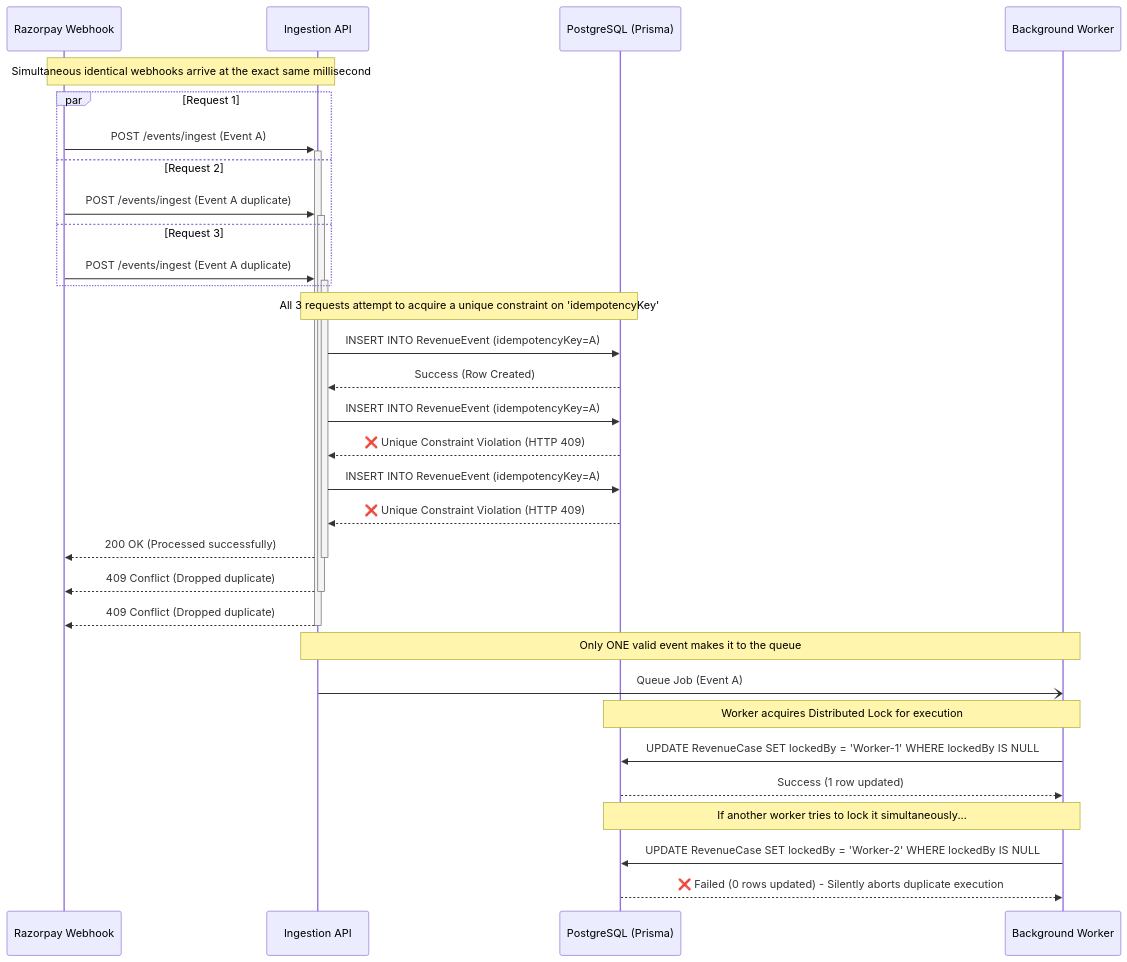
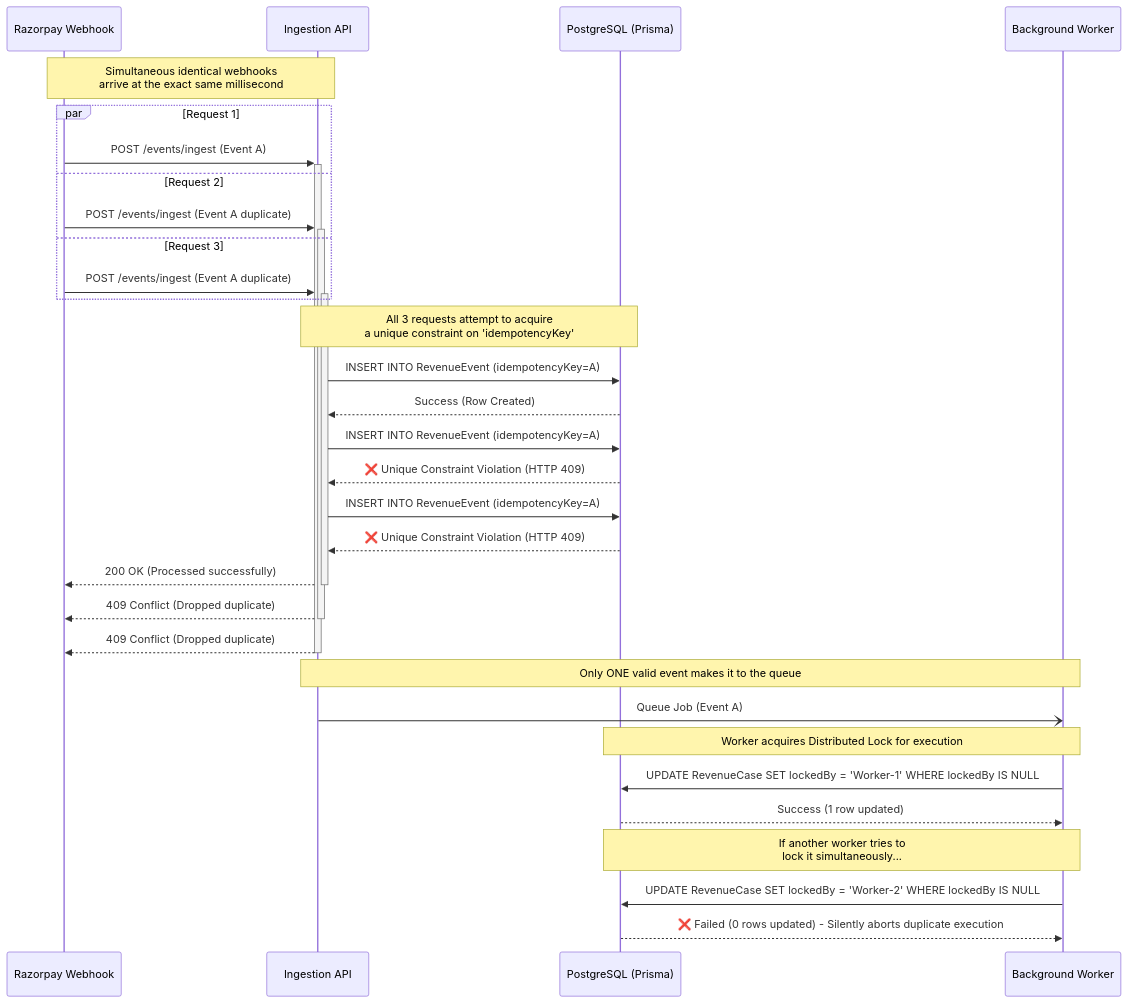
One commit to Surya-5555/FinTech-AI-05 changed the third of 6 diagrams in README.md. Above: the diagram before and after it, drawn with Mermaid. The commit also changed other lines of this file and 65 other files, not shown here.

Commit message:
docs: finalized the architecture and acknowledgements

````diff
--- a/README.md
+++ b/README.md
@@ -218,43 +221,43 @@
 ```mermaid
 sequenceDiagram
     participant Razorpay as Razorpay Webhook
     participant API as Ingestion API
     participant DB as PostgreSQL (Prisma)
     participant Worker as Background Worker
 
-    Note over Razorpay, API: Simultaneous identical webhooks arrive at the exact same millisecond
+    Note over Razorpay, API: Simultaneous identical webhooks<br/>arrive at the exact same millisecond
     
     par Request 1
         Razorpay->>+API: POST /events/ingest (Event A)
     and Request 2
         Razorpay->>+API: POST /events/ingest (Event A duplicate)
     and Request 3
         Razorpay->>+API: POST /events/ingest (Event A duplicate)
     end
 
-    Note over API, DB: All 3 requests attempt to acquire a unique constraint on 'idempotencyKey'
+    Note over API, DB: All 3 requests attempt to acquire<br/>a unique constraint on 'idempotencyKey'
 
     API->>DB: INSERT INTO RevenueEvent (idempotencyKey=A)
     DB-->>API: Success (Row Created)
     
     API->>DB: INSERT INTO RevenueEvent (idempotencyKey=A)
     DB-->>API: ❌ Unique Constraint Violation (HTTP 409)
     
     API->>DB: INSERT INTO RevenueEvent (idempotencyKey=A)
     DB-->>API: ❌ Unique Constraint Violation (HTTP 409)
 
     API-->>-Razorpay: 200 OK (Processed successfully)
     API-->>-Razorpay: 409 Conflict (Dropped duplicate)
     API-->>-Razorpay: 409 Conflict (Dropped duplicate)
 
     Note over API, Worker: Only ONE valid event makes it to the queue
     API-)Worker: Queue Job (Event A)
     
     Note over Worker, DB: Worker acquires Distributed Lock for execution
     Worker->>DB: UPDATE RevenueCase SET lockedBy = 'Worker-1' WHERE lockedBy IS NULL
     DB-->>Worker: Success (1 row updated)
     
-    Note over Worker, DB: If another worker tries to lock it simultaneously...
+    Note over Worker, DB: If another worker tries to<br/>lock it simultaneously...
     Worker->>DB: UPDATE RevenueCase SET lockedBy = 'Worker-2' WHERE lockedBy IS NULL
     DB-->>Worker: ❌ Failed (0 rows updated) - Silently aborts duplicate execution
 ```
````
